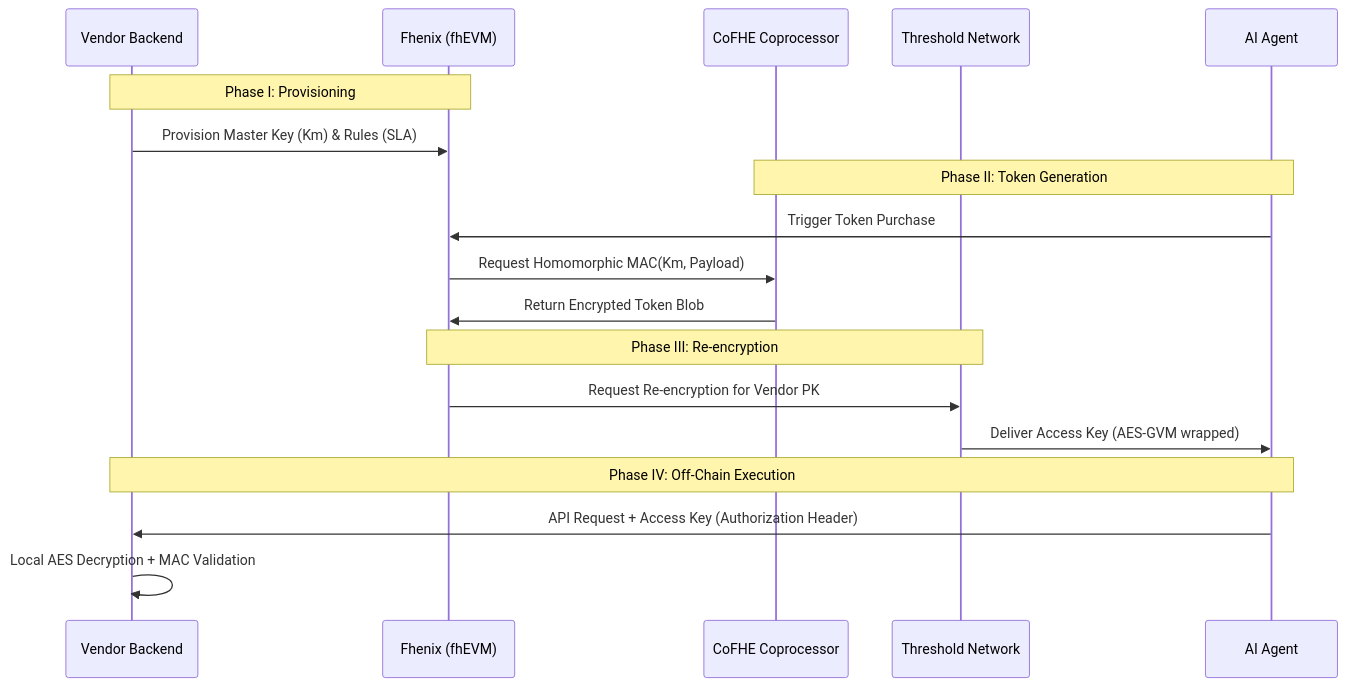
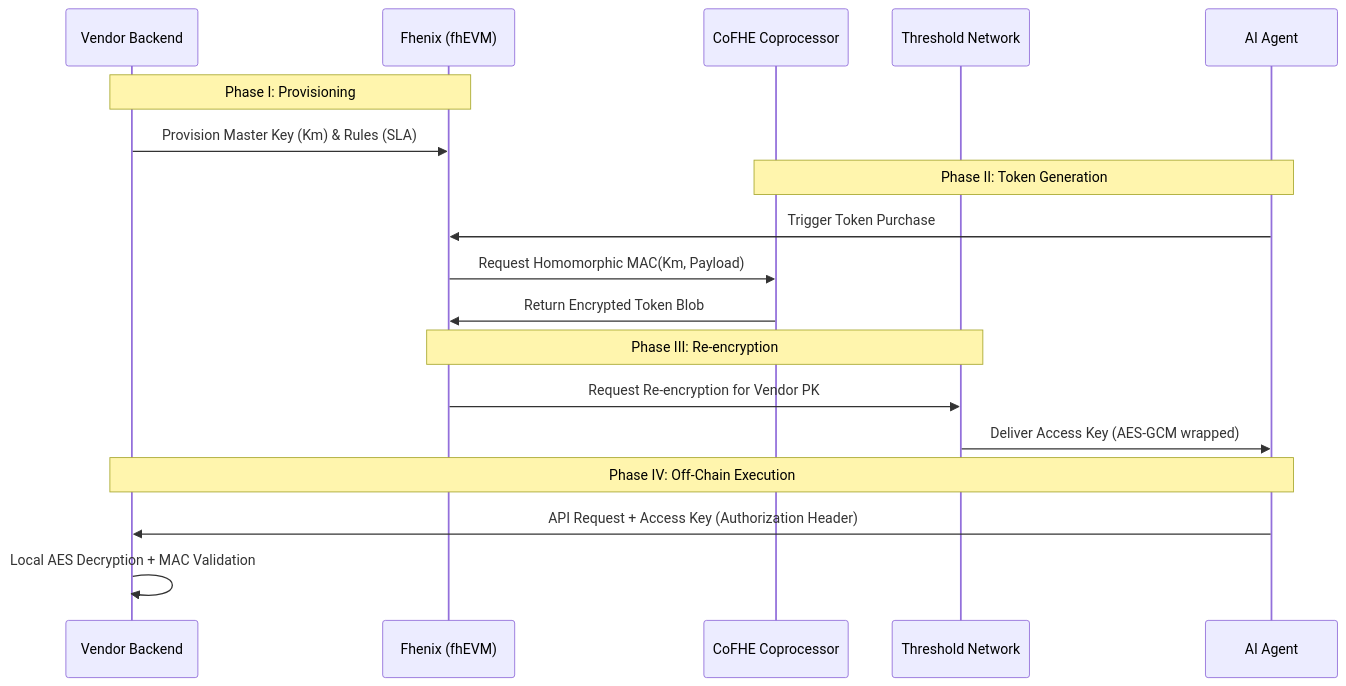
The diagram in docs/Specification.md (imajus/fhe402), drawn with Mermaid before and after one commit. The commit also changed other lines of this file and 1 other file, not shown here.

````diff
--- a/docs/Specification.md
+++ b/docs/Specification.md
@@ -26,24 +31,24 @@
 ```mermaid
 sequenceDiagram
     participant V as Vendor Backend
     participant BC as Fhenix (fhEVM)
     participant CP as CoFHE Coprocessor
     participant TSN as Threshold Network
     participant A as AI Agent
 
     Note over V, BC: Phase I: Provisioning
     V->>BC: Provision Master Key (Km) & Rules (SLA)
     
     Note over A, CP: Phase II: Token Generation
     A->>BC: Trigger Token Purchase
     BC->>CP: Request Homomorphic MAC(Km, Payload)
     CP->>BC: Return Encrypted Token Blob
     
     Note over BC, TSN: Phase III: Re-encryption
     BC->>TSN: Request Re-encryption for Vendor PK
-    TSN->>A: Deliver Access Key (AES-GVM wrapped)
+    TSN->>A: Deliver Access Key (AES-GCM wrapped)
     
     Note over A, V: Phase IV: Off-Chain Execution
     A->>V: API Request + Access Key (Authorization Header)
     V->>V: Local AES Decryption + MAC Validation
 ```
````
